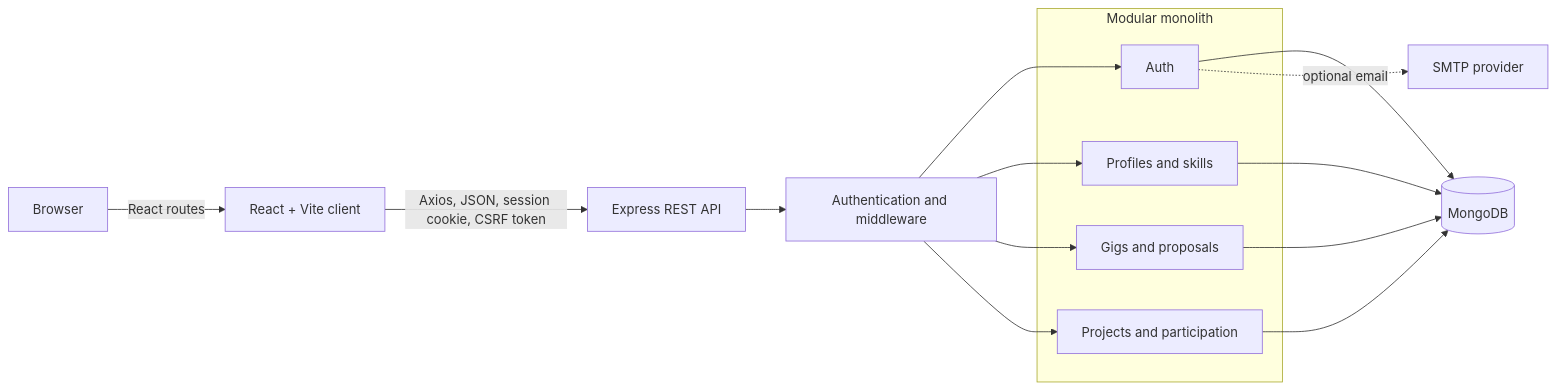
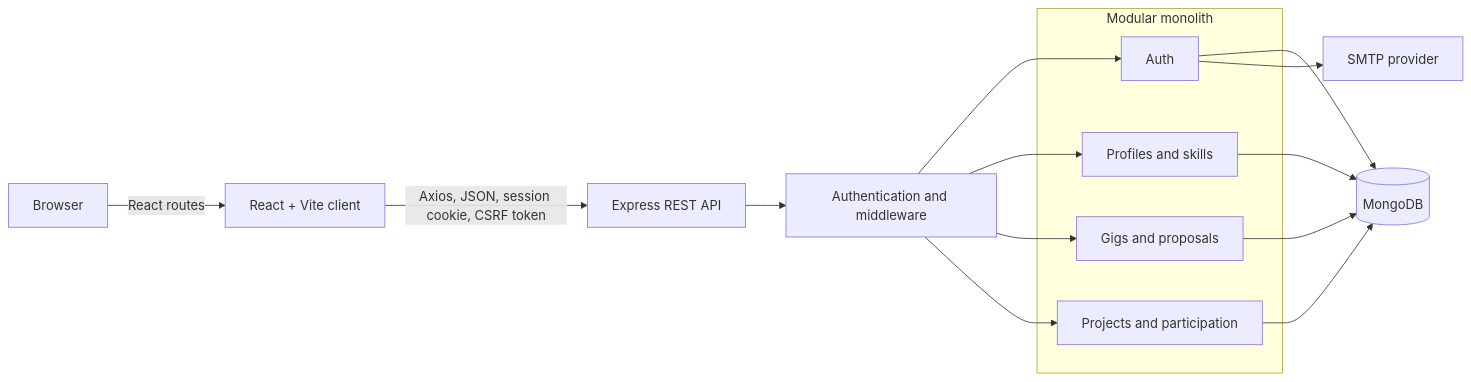
The diagram in README.md (sristikundu1/CampusCollab), drawn with Mermaid before and after one commit. The commit also changed other lines of this file and 22 other files, not shown here.

Commit message:
feat(auth): require email verification codes

````diff
--- a/README.md
+++ b/README.md
@@ -64,23 +65,23 @@
 ```mermaid
 flowchart LR
     U[Browser] -->|React routes| C[React + Vite client]
     C -->|Axios, JSON, session cookie, CSRF token| A[Express REST API]
     A --> M[Authentication and middleware]
     M --> AUTH
     M --> PROFILE
     M --> GIG
     M --> PROJECT
 
     subgraph MODULES[Modular monolith]
       AUTH[Auth]
       PROFILE[Profiles and skills]
       GIG[Gigs and proposals]
       PROJECT[Projects and participation]
     end
 
     AUTH --> DB[(MongoDB)]
     PROFILE --> DB
     GIG --> DB
     PROJECT --> DB
-    AUTH -. optional email .-> SMTP[SMTP provider]
+    AUTH --> SMTP[SMTP provider]
 ```
````
